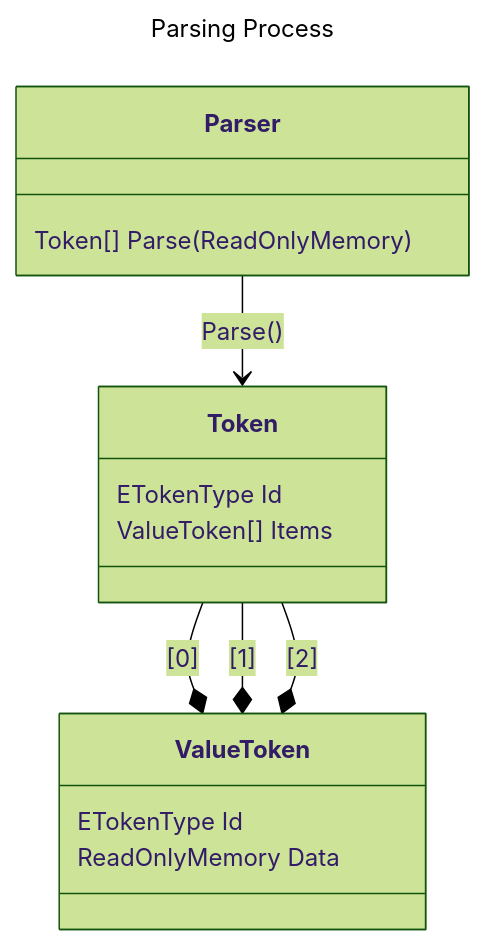
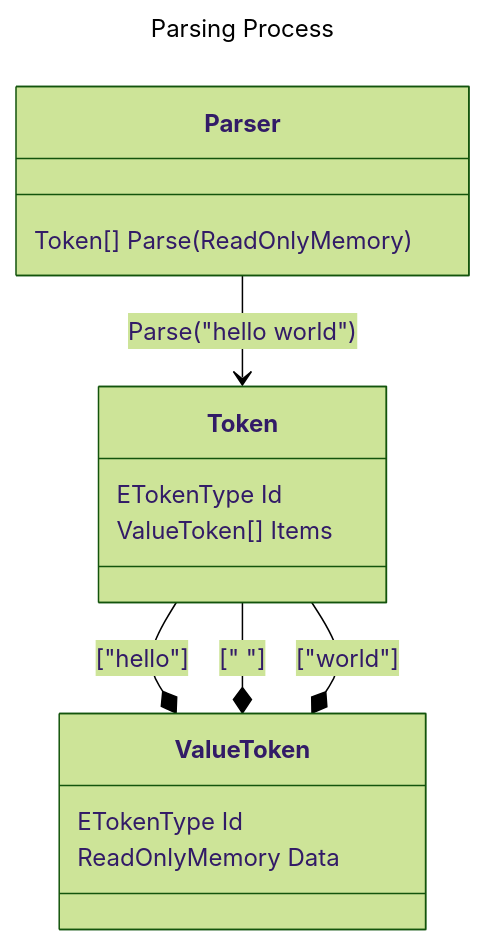
The diagram in README.md (dsisco11/MetaParser), drawn with Mermaid (forest theme) before and after one commit. The commit also changed other lines of this file, not shown here.

````diff
--- a/README.md
+++ b/README.md
@@ -21,22 +21,22 @@
 ```mermaid
 ---
 title: Parsing Process
 ---
 classDiagram
-Parser --> Token : Parse()
-Token --* ValueToken : [0]
-Token --* ValueToken : [1]
-Token --* ValueToken : [2]
+Parser --> Token : Parse("hello world")
+Token --* ValueToken : ["hello"]
+Token --* ValueToken : [" "]
+Token --* ValueToken : ["world"]
 
 class Parser{
    Token[] Parse(ReadOnlyMemory)
 }
 class Token{
    ETokenType Id
    ValueToken[] Items
 }
 class ValueToken{
    ETokenType Id
    ReadOnlyMemory Data
 }
 ```
````
